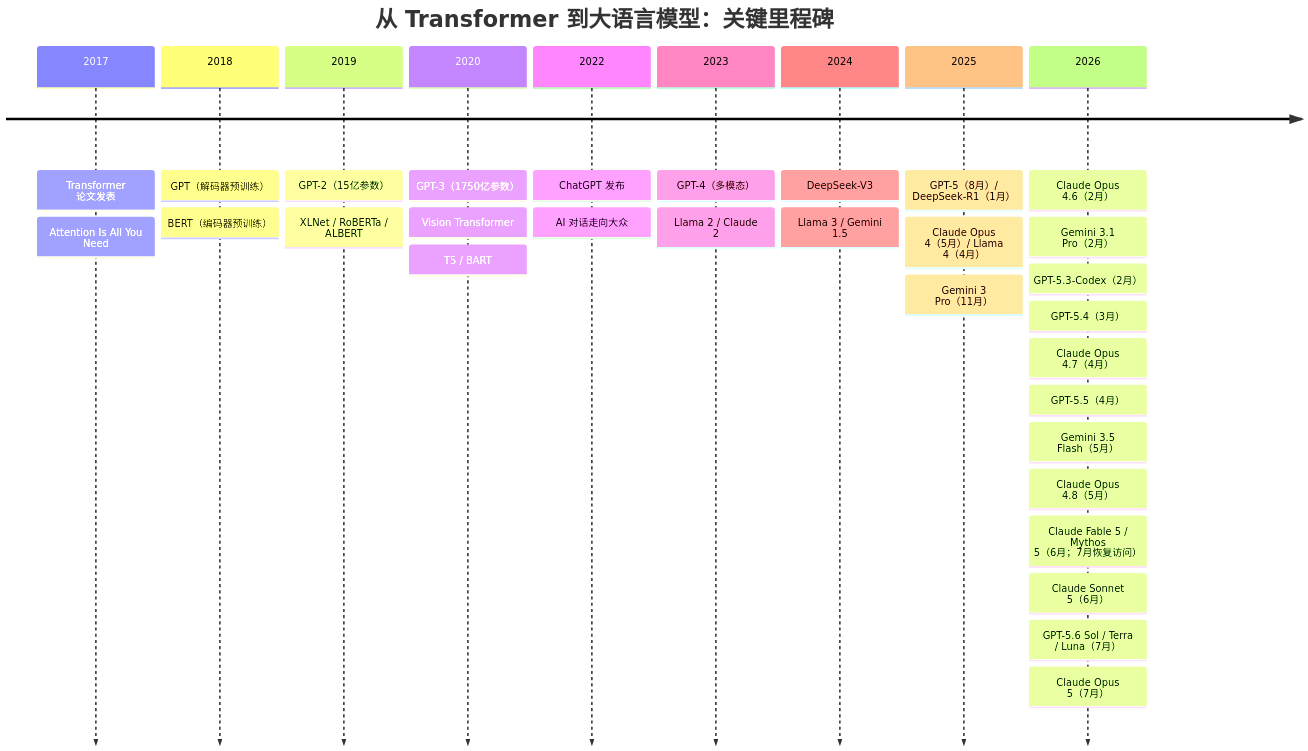
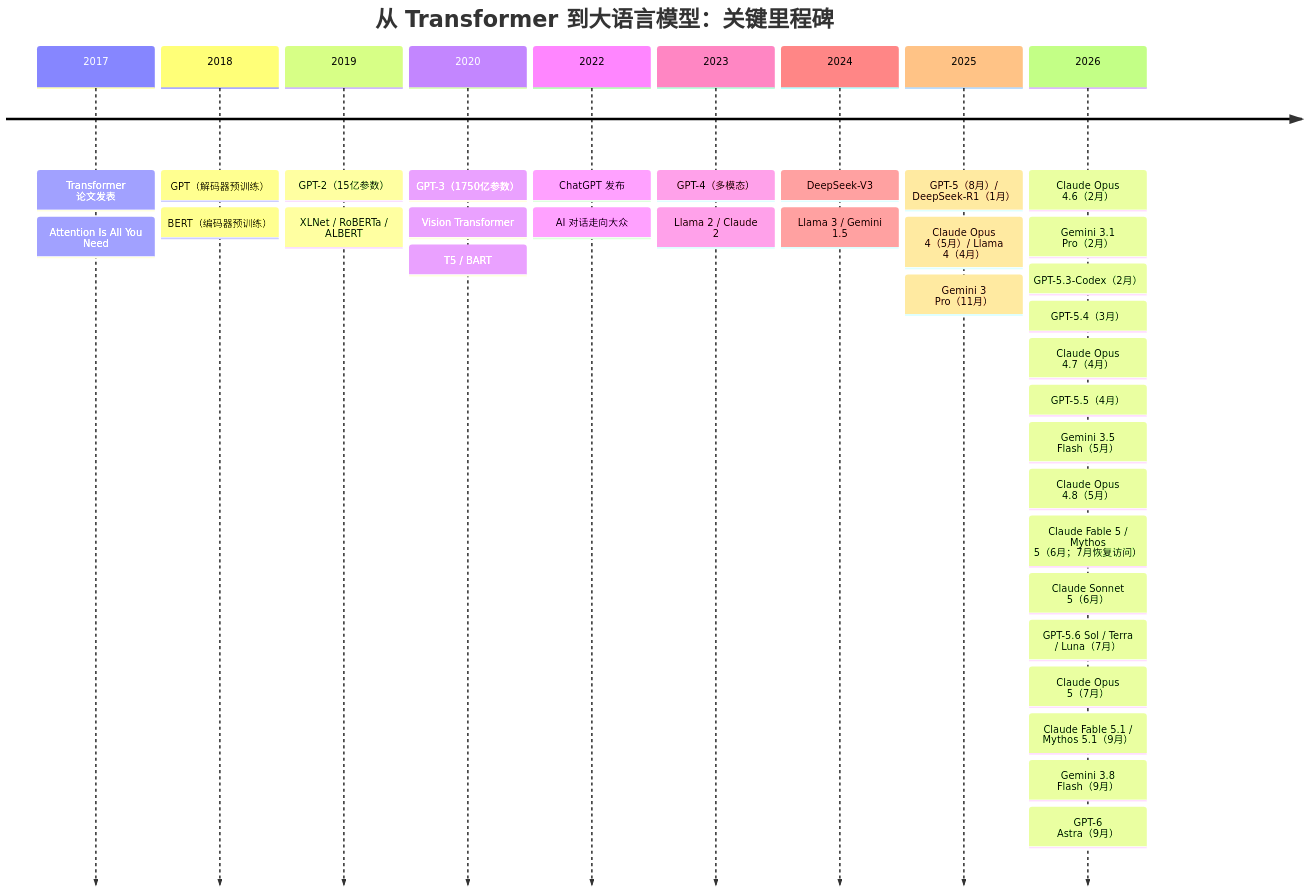
Before and after one commit to yeasy/llm_internals: the diagram in 01_introduction/1.5_milestones.md, drawn with Mermaid. The commit also changed other lines of this file and 2 other files, not shown here.

````diff
--- a/01_introduction/1.5_milestones.md
+++ b/01_introduction/1.5_milestones.md
@@ -5,34 +5,37 @@
 ```mermaid
 timeline
     title 从 Transformer 到大语言模型：关键里程碑
     2017 : Transformer 论文发表
          : Attention Is All You Need
     2018 : GPT（解码器预训练）
          : BERT（编码器预训练）
     2019 : GPT-2（15亿参数）
          : XLNet / RoBERTa / ALBERT
     2020 : GPT-3（1750亿参数）
          : Vision Transformer
          : T5 / BART
     2022 : ChatGPT 发布
          : AI 对话走向大众
     2023 : GPT-4（多模态）
          : Llama 2 / Claude 2
     2024 : DeepSeek-V3
          : Llama 3 / Gemini 1.5
     2025 : GPT-5（8月）/ DeepSeek-R1（1月）
          : Claude Opus 4（5月）/ Llama 4（4月）
          : Gemini 3 Pro（11月）
     2026 : Claude Opus 4.6（2月）
          : Gemini 3.1 Pro（2月）
          : GPT-5.3-Codex（2月）
          : GPT-5.4（3月）
          : Claude Opus 4.7（4月）
          : GPT-5.5（4月）
          : Gemini 3.5 Flash（5月）
          : Claude Opus 4.8（5月）
          : Claude Fable 5 / Mythos 5（6月；7月恢复访问）
          : Claude Sonnet 5（6月）
          : GPT-5.6 Sol / Terra / Luna（7月）
          : Claude Opus 5（7月）
+         : Claude Fable 5.1 / Mythos 5.1（9月）
+         : Gemini 3.8 Flash（9月）
+         : GPT-6 Astra（9月）
 ```
````
